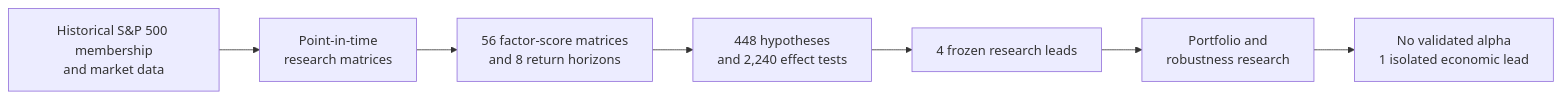
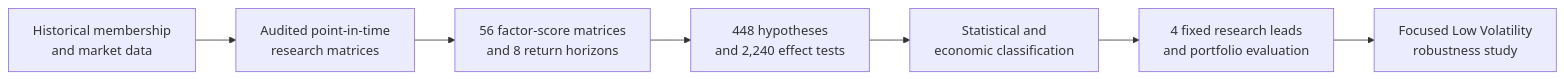
Before and after one commit to Ryhor-Karnatsevich/Cross-Sectional-Equity-Factor-Research: the diagram in README.md, drawn with Mermaid. The commit also changed other lines of this file and 30 other files, not shown here.

````diff
--- a/README.md
+++ b/README.md
@@ -31,9 +32,9 @@
 ```mermaid
 flowchart LR
-    A[Historical S&P 500 membership<br/>and market data] --> B[Point-in-time<br/>research matrices]
+    A[Historical membership<br/>and market data] --> B[Audited point-in-time<br/>research matrices]
     B --> C[56 factor-score matrices<br/>and 8 return horizons]
     C --> D[448 hypotheses<br/>and 2,240 effect tests]
-    D --> E[4 frozen research leads]
-    E --> F[Portfolio and<br/>robustness research]
-    F --> G[No validated alpha<br/>1 isolated economic lead]
+    D --> E[Statistical and<br/>economic classification]
+    E --> F[4 fixed research leads<br/>and portfolio evaluation]
+    F --> G[Focused Low Volatility<br/>robustness study]
 ```
````
